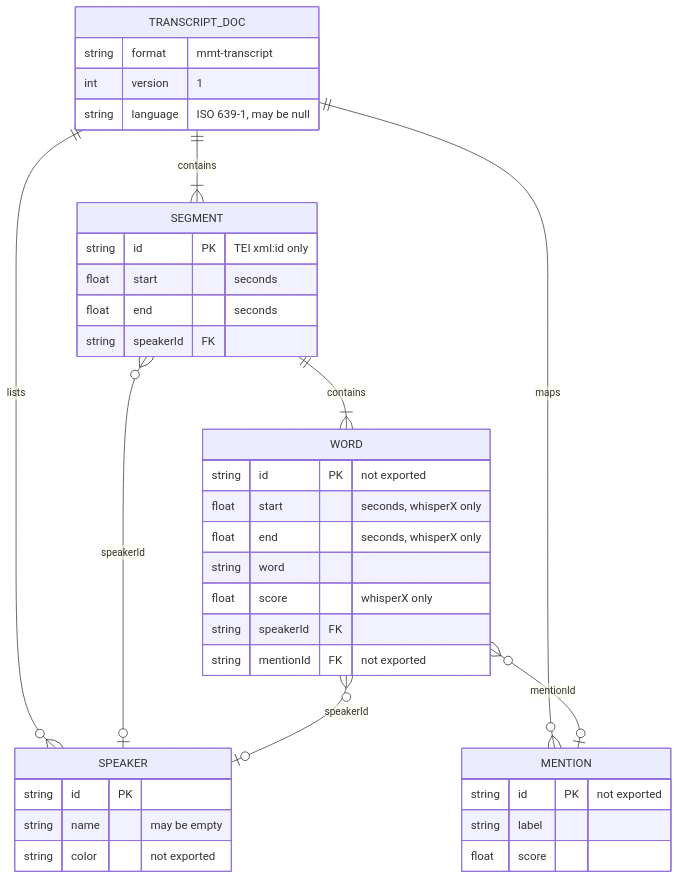
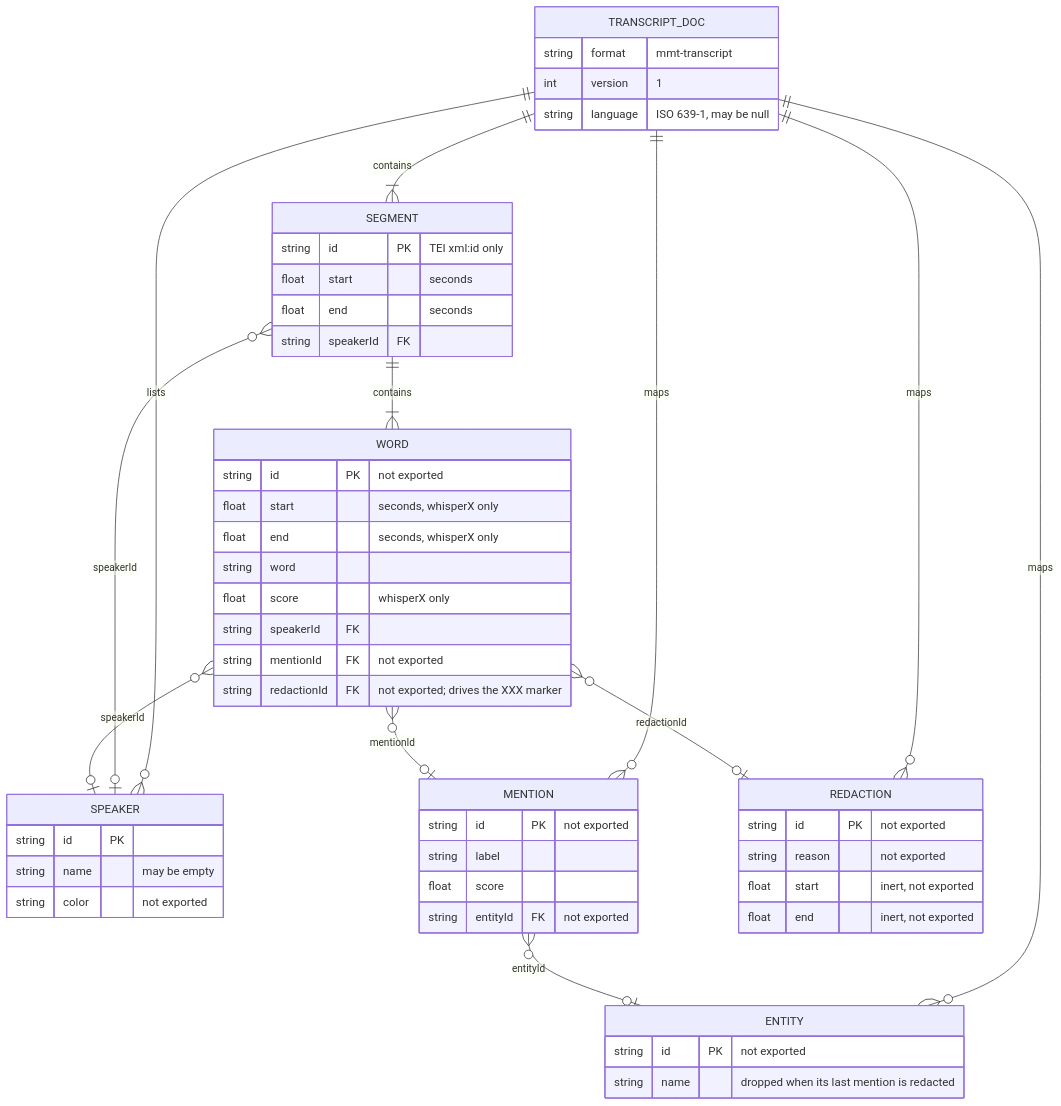
Before and after one commit to asr4memory/mmt-py: the third of 3 diagrams in specs/2026-07-30-transcript-export.md, drawn with Mermaid. The commit also changed other lines of this file and 1 other file, not shown here.

````diff
--- a/specs/2026-07-30-transcript-export.md
+++ b/specs/2026-07-30-transcript-export.md
@@ -325,41 +350,57 @@
 ```mermaid
 erDiagram
     TRANSCRIPT_DOC ||--o{ SPEAKER : "lists"
+    TRANSCRIPT_DOC ||--o{ ENTITY : "maps"
     TRANSCRIPT_DOC ||--o{ MENTION : "maps"
+    TRANSCRIPT_DOC ||--o{ REDACTION : "maps"
     TRANSCRIPT_DOC ||--|{ SEGMENT : "contains"
     SEGMENT ||--|{ WORD : "contains"
     SEGMENT }o--o| SPEAKER : "speakerId"
     WORD }o--o| SPEAKER : "speakerId"
     WORD }o--o| MENTION : "mentionId"
+    WORD }o--o| REDACTION : "redactionId"
+    MENTION }o--o| ENTITY : "entityId"
 
     TRANSCRIPT_DOC {
         string format "mmt-transcript"
         int version "1"
         string language "ISO 639-1, may be null"
     }
     SPEAKER {
         string id PK
         string name "may be empty"
         string color "not exported"
     }
+    ENTITY {
+        string id PK "not exported"
+        string name "dropped when its last mention is redacted"
+    }
     MENTION {
         string id PK "not exported"
         string label
         float score
+        string entityId FK "not exported"
+    }
+    REDACTION {
+        string id PK "not exported"
+        string reason "not exported"
+        float start "inert, not exported"
+        float end "inert, not exported"
     }
     SEGMENT {
         string id PK "TEI xml:id only"
         float start "seconds"
         float end "seconds"
         string speakerId FK
     }
     WORD {
         string id PK "not exported"
         float start "seconds, whisperX only"
         float end "seconds, whisperX only"
         string word
         float score "whisperX only"
         string speakerId FK
         string mentionId FK "not exported"
+        string redactionId FK "not exported; drives the XXX marker"
     }
 ```
````
